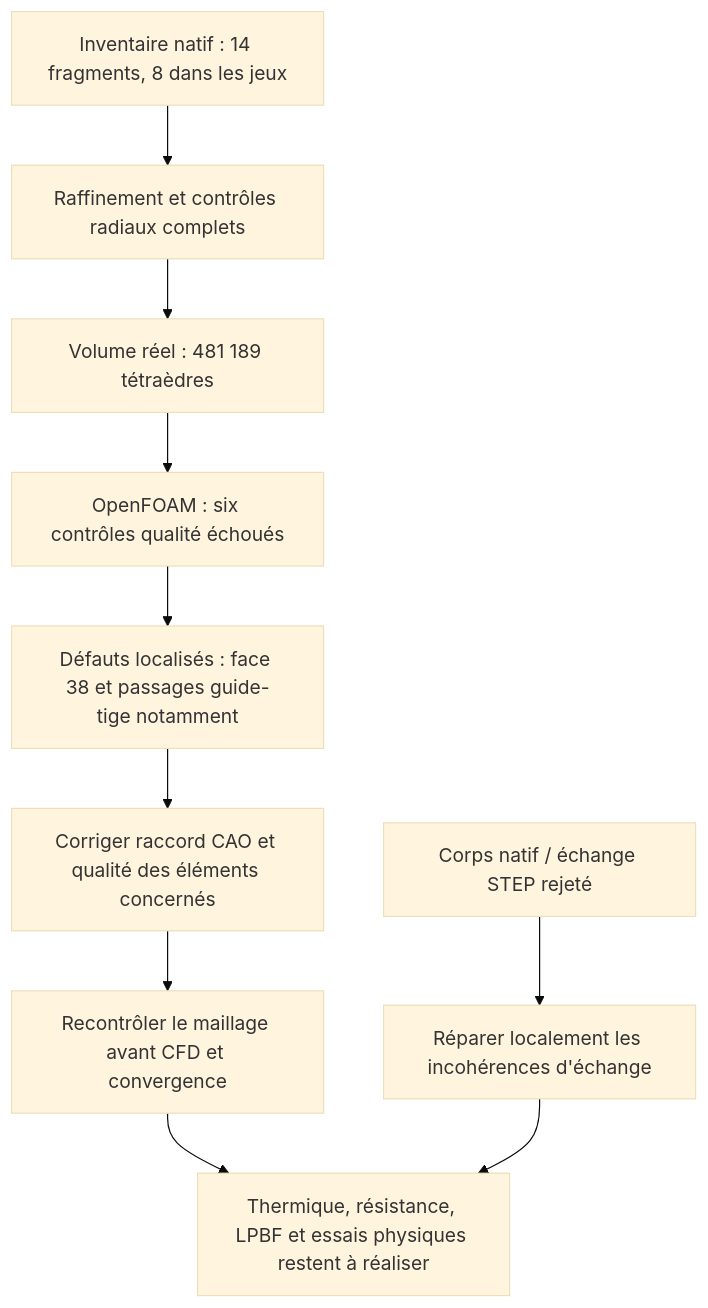
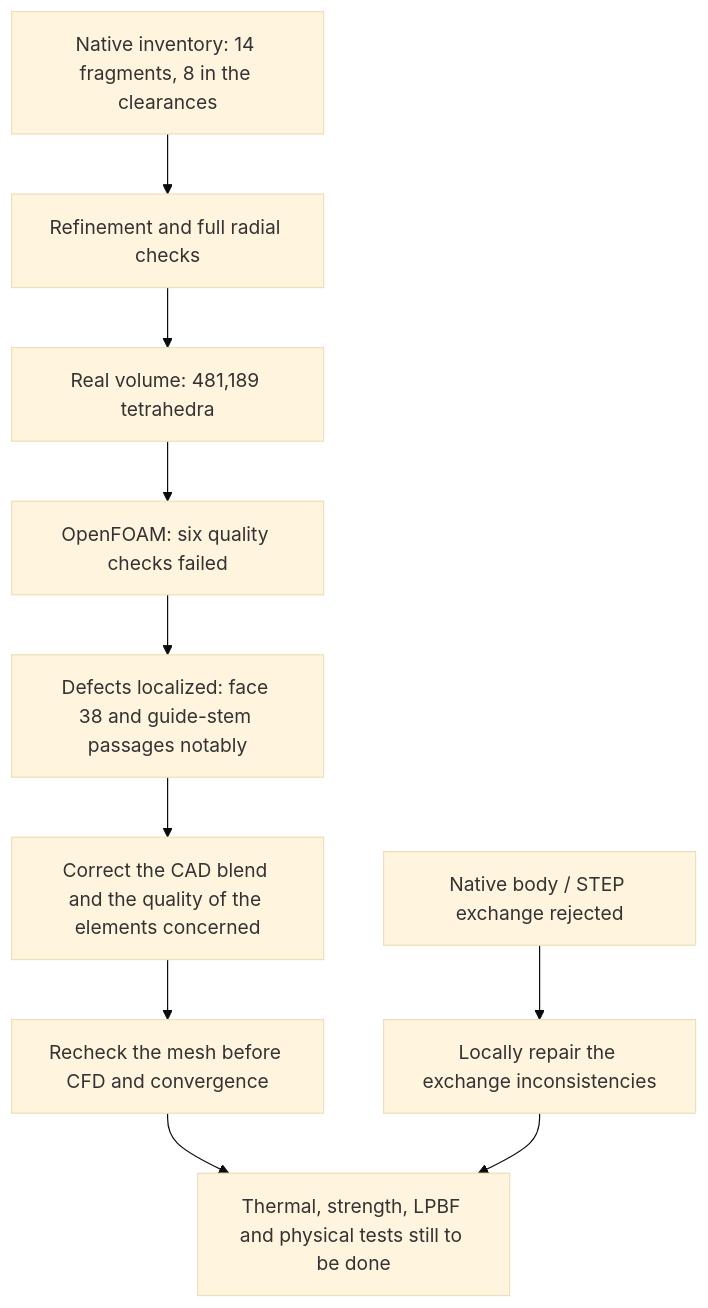
Before and after one commit to cluster2600/porscheparts: the diagram in docs/reports/M64_VOLUME_REEL_CONTROLES_20260908.md, drawn with Mermaid (base theme). The commit also changed other lines of this file and 228 other files, not shown here.

````diff
--- a/docs/reports/M64_VOLUME_REEL_CONTROLES_20260908.md
+++ b/docs/reports/M64_VOLUME_REEL_CONTROLES_20260908.md
@@ -140,12 +138,12 @@
 ```mermaid
 flowchart TD
-    A["Inventaire natif : 14 fragments, 8 dans les jeux"] --> B["Raffinement et contrôles radiaux complets"]
-    B --> C["Volume réel : 481 189 tétraèdres"]
-    C --> D["OpenFOAM : six contrôles qualité échoués"]
-    D --> E["Défauts localisés : face 38 et passages guide-tige notamment"]
-    E --> J["Corriger raccord CAO et qualité des éléments concernés"]
-    J --> F["Recontrôler le maillage avant CFD et convergence"]
-    G["Corps natif / échange STEP rejeté"] --> H["Réparer localement les incohérences d'échange"]
-    F --> I["Thermique, résistance, LPBF et essais physiques restent à réaliser"]
+    A["Native inventory: 14 fragments, 8 in the clearances"] --> B["Refinement and full radial checks"]
+    B --> C["Real volume: 481,189 tetrahedra"]
+    C --> D["OpenFOAM: six quality checks failed"]
+    D --> E["Defects localized: face 38 and guide-stem passages notably"]
+    E --> J["Correct the CAD blend and the quality of the elements concerned"]
+    J --> F["Recheck the mesh before CFD and convergence"]
+    G["Native body / STEP exchange rejected"] --> H["Locally repair the exchange inconsistencies"]
+    F --> I["Thermal, strength, LPBF and physical tests still to be done"]
     H --> I
 ```
````
